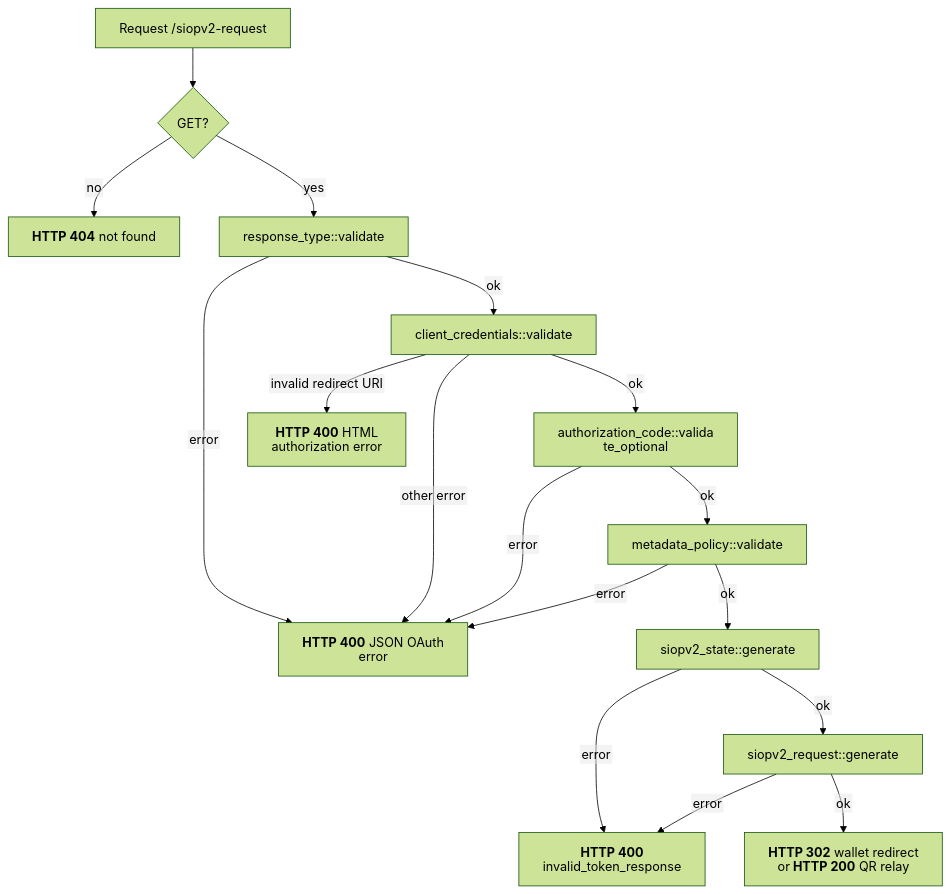
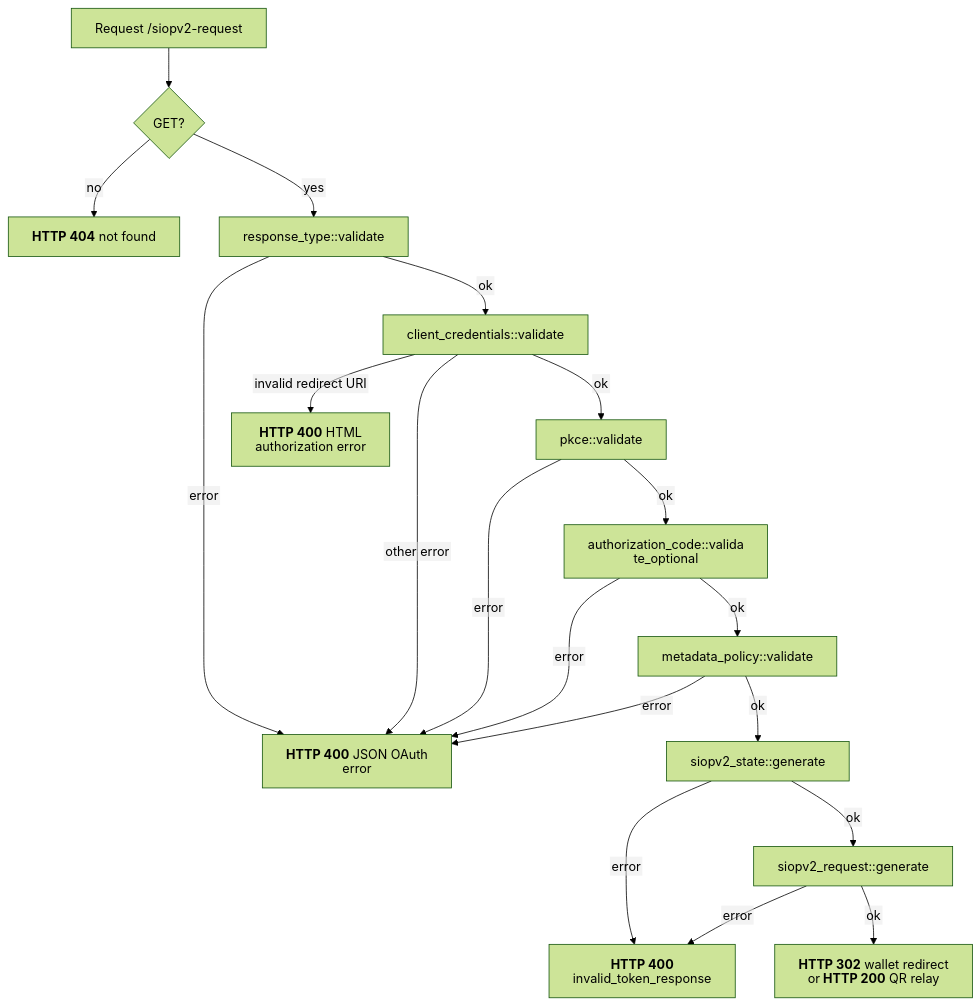
Before and after one commit to malach-it/kagome: the diagram in docs/flows/siopv2/authorization_request_endpoint.mmd, drawn with Mermaid (forest theme). The commit also changed 38 other files, not shown here.

```diff
--- a/docs/flows/siopv2/authorization_request_endpoint.mmd
+++ b/docs/flows/siopv2/authorization_request_endpoint.mmd
@@ -1,18 +1,20 @@
 %%{init: {"htmlLabels": false, "flowchart": {"htmlLabels": false}}}%%
 flowchart TD
     start[Request /siopv2-request] --> method{GET?}
     method -- no --> not_found["`**HTTP 404** not found`"]
     method -- yes --> response_type["response_type::validate"]
     response_type -- error --> request_error["`**HTTP 400** JSON OAuth error`"]
     response_type -- ok --> client["client_credentials::validate"]
     client -- invalid redirect URI --> html_error["`**HTTP 400** HTML authorization error`"]
     client -- other error --> request_error
-    client -- ok --> code["authorization_code::validate_optional"]
+    client -- ok --> pkce["pkce::validate"]
+    pkce -- error --> request_error
+    pkce -- ok --> code["authorization_code::validate_optional"]
     code -- error --> request_error
     code -- ok --> policy["metadata_policy::validate"]
     policy -- error --> request_error
     policy -- ok --> state["siopv2_state::generate"]
     state -- error --> generation_error["`**HTTP 400** invalid_token_response`"]
     state -- ok --> request_object["siopv2_request::generate"]
     request_object -- error --> generation_error
     request_object -- ok --> success["`**HTTP 302** wallet redirect or **HTTP 200** QR relay`"]
```
